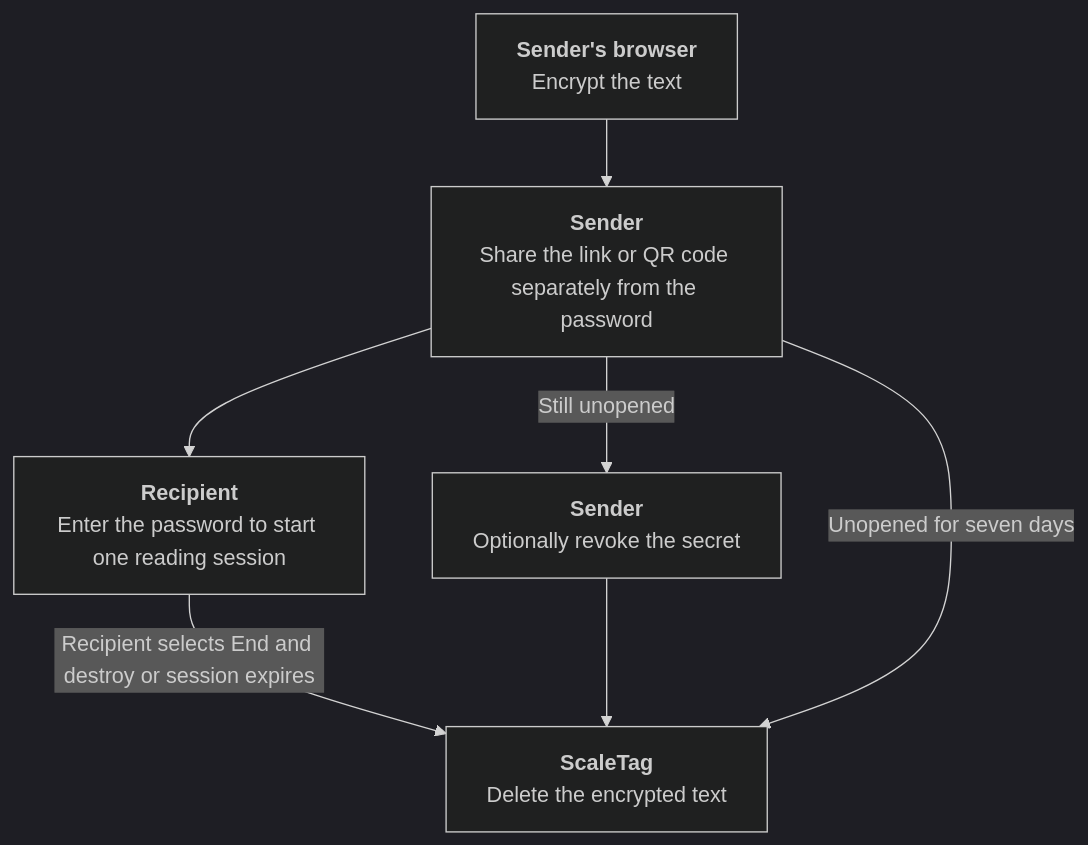
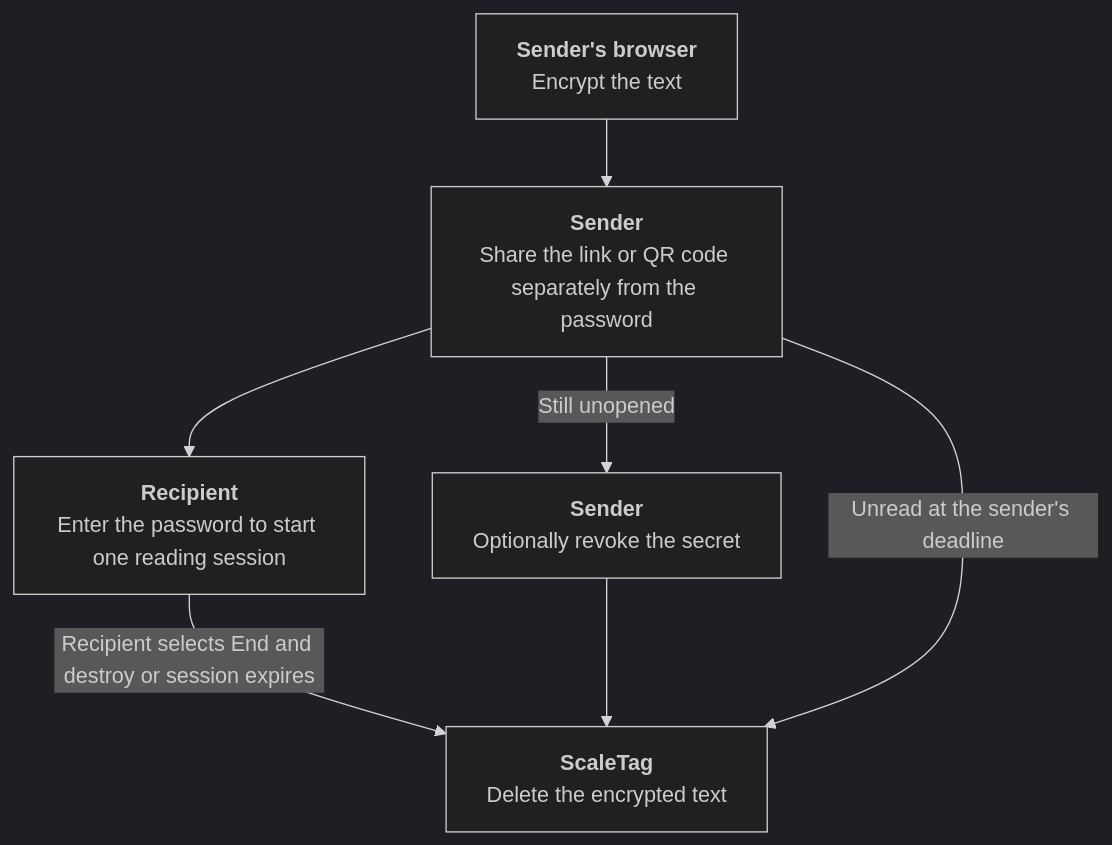
Before and after one commit to ChrisXHLeung/ScaleTag: the fifth of 12 diagrams in README.md, drawn with Mermaid (dark theme). The commit also changed other lines of this file and 9 other files, not shown here.

````diff
--- a/README.md
+++ b/README.md
@@ -75,9 +75,9 @@
 ```mermaid
 flowchart TD
     A["<b>Sender's browser</b><br/>Encrypt the text"] --> B["<b>Sender</b><br/>Share the link or QR code separately from the password"]
     B --> C["<b>Recipient</b><br/>Enter the password to start one reading session"]
     C -->|"Recipient selects End and destroy or session expires"| D["<b>ScaleTag</b><br/>Delete the encrypted text"]
     B -->|"Still unopened"| E["<b>Sender</b><br/>Optionally revoke the secret"]
     E --> D
-    B -->|"Unopened for seven days"| D
+    B -->|"Unread at the sender's deadline"| D
 ```
````
